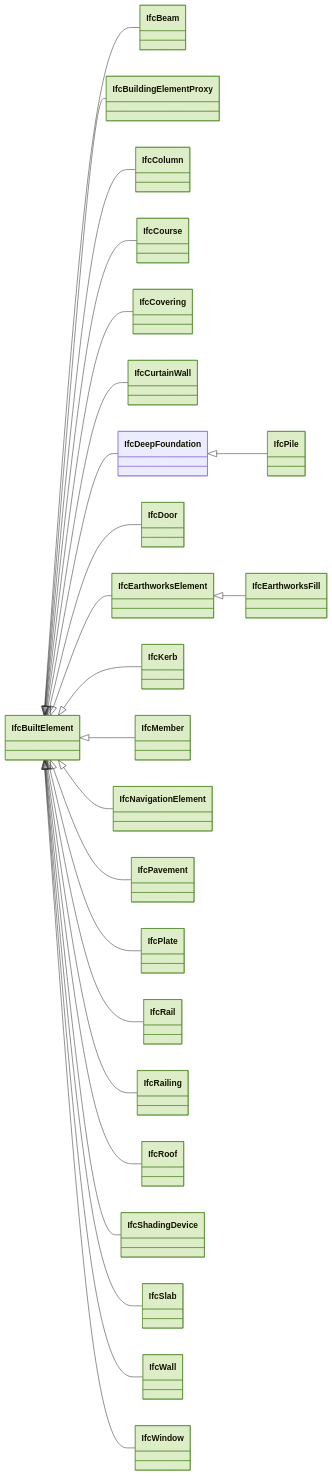
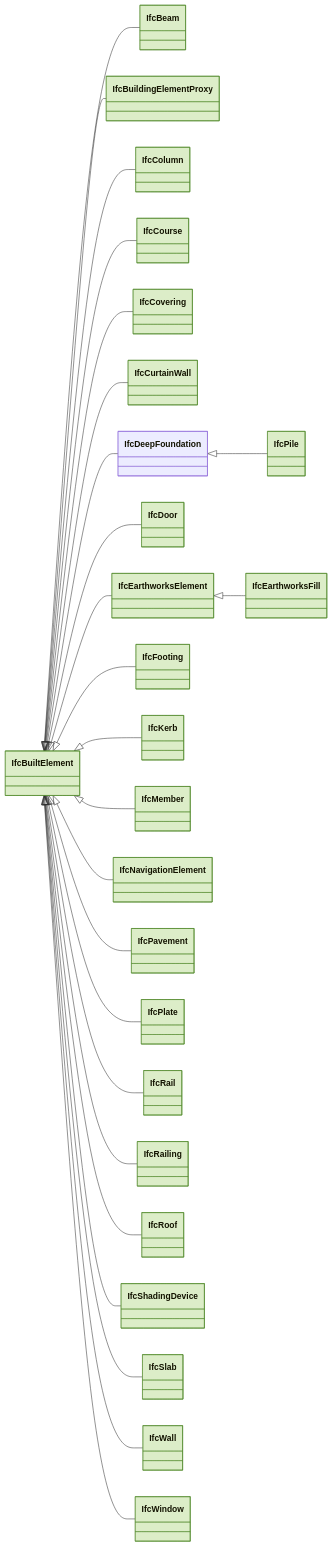
One commit to fabiologe/quagg_page_public changed the second of 10 diagrams in docs/ifc/entities-genutzt.md. Above: the diagram before and after it, drawn with Mermaid. The commit also changed other lines of this file and 14 other files, not shown here.

````diff
--- a/docs/ifc/entities-genutzt.md
+++ b/docs/ifc/entities-genutzt.md
@@ -69,50 +69,52 @@
 ```mermaid
 classDiagram
   direction LR
   IfcBuiltElement <|-- IfcBeam
   IfcBuiltElement <|-- IfcBuildingElementProxy
   IfcBuiltElement <|-- IfcColumn
   IfcBuiltElement <|-- IfcCourse
   IfcBuiltElement <|-- IfcCovering
   IfcBuiltElement <|-- IfcCurtainWall
   IfcBuiltElement <|-- IfcDeepFoundation
   IfcBuiltElement <|-- IfcDoor
   IfcBuiltElement <|-- IfcEarthworksElement
+  IfcBuiltElement <|-- IfcFooting
   IfcBuiltElement <|-- IfcKerb
   IfcBuiltElement <|-- IfcMember
   IfcBuiltElement <|-- IfcNavigationElement
   IfcBuiltElement <|-- IfcPavement
   IfcBuiltElement <|-- IfcPlate
   IfcBuiltElement <|-- IfcRail
   IfcBuiltElement <|-- IfcRailing
   IfcBuiltElement <|-- IfcRoof
   IfcBuiltElement <|-- IfcShadingDevice
   IfcBuiltElement <|-- IfcSlab
   IfcBuiltElement <|-- IfcWall
   IfcBuiltElement <|-- IfcWindow
   IfcDeepFoundation <|-- IfcPile
   IfcEarthworksElement <|-- IfcEarthworksFill
   style IfcBeam fill:#dcedc8,stroke:#558b2f
   style IfcBuildingElementProxy fill:#dcedc8,stroke:#558b2f
   style IfcBuiltElement fill:#dcedc8,stroke:#558b2f
   style IfcColumn fill:#dcedc8,stroke:#558b2f
   style IfcCourse fill:#dcedc8,stroke:#558b2f
   style IfcCovering fill:#dcedc8,stroke:#558b2f
   style IfcCurtainWall fill:#dcedc8,stroke:#558b2f
   style IfcDoor fill:#dcedc8,stroke:#558b2f
   style IfcEarthworksElement fill:#dcedc8,stroke:#558b2f
   style IfcEarthworksFill fill:#dcedc8,stroke:#558b2f
+  style IfcFooting fill:#dcedc8,stroke:#558b2f
   style IfcKerb fill:#dcedc8,stroke:#558b2f
   style IfcMember fill:#dcedc8,stroke:#558b2f
   style IfcNavigationElement fill:#dcedc8,stroke:#558b2f
   style IfcPavement fill:#dcedc8,stroke:#558b2f
   style IfcPile fill:#dcedc8,stroke:#558b2f
   style IfcPlate fill:#dcedc8,stroke:#558b2f
   style IfcRail fill:#dcedc8,stroke:#558b2f
   style IfcRailing fill:#dcedc8,stroke:#558b2f
   style IfcRoof fill:#dcedc8,stroke:#558b2f
   style IfcShadingDevice fill:#dcedc8,stroke:#558b2f
   style IfcSlab fill:#dcedc8,stroke:#558b2f
   style IfcWall fill:#dcedc8,stroke:#558b2f
   style IfcWindow fill:#dcedc8,stroke:#558b2f
 ```
````
